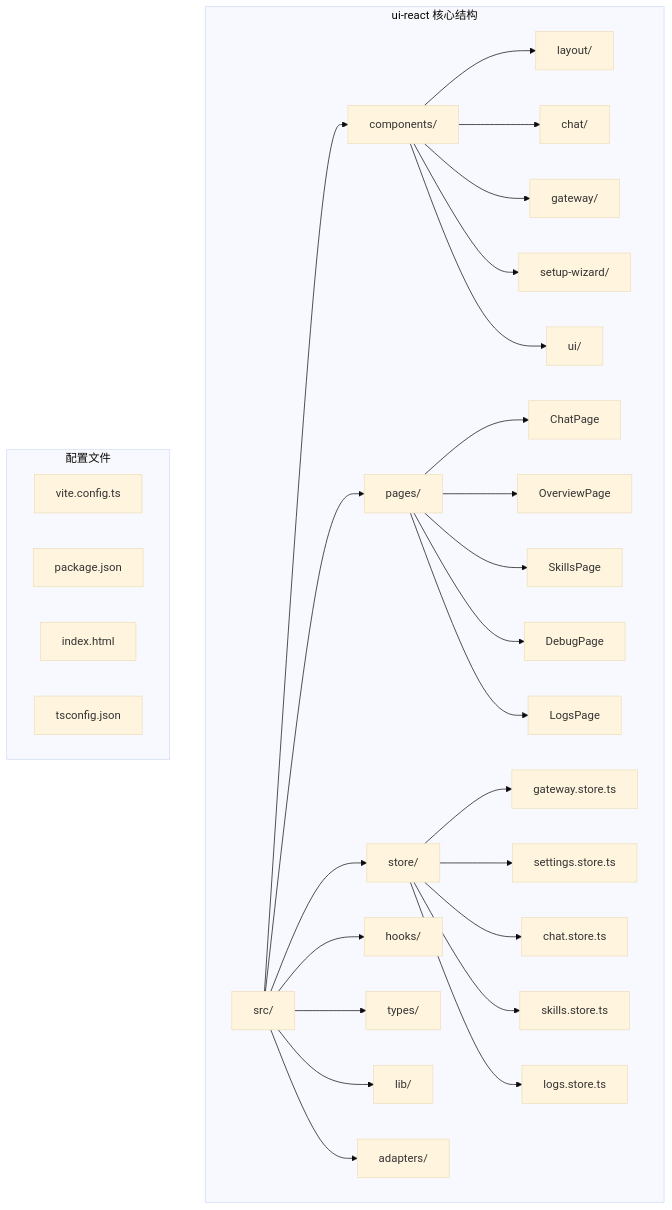
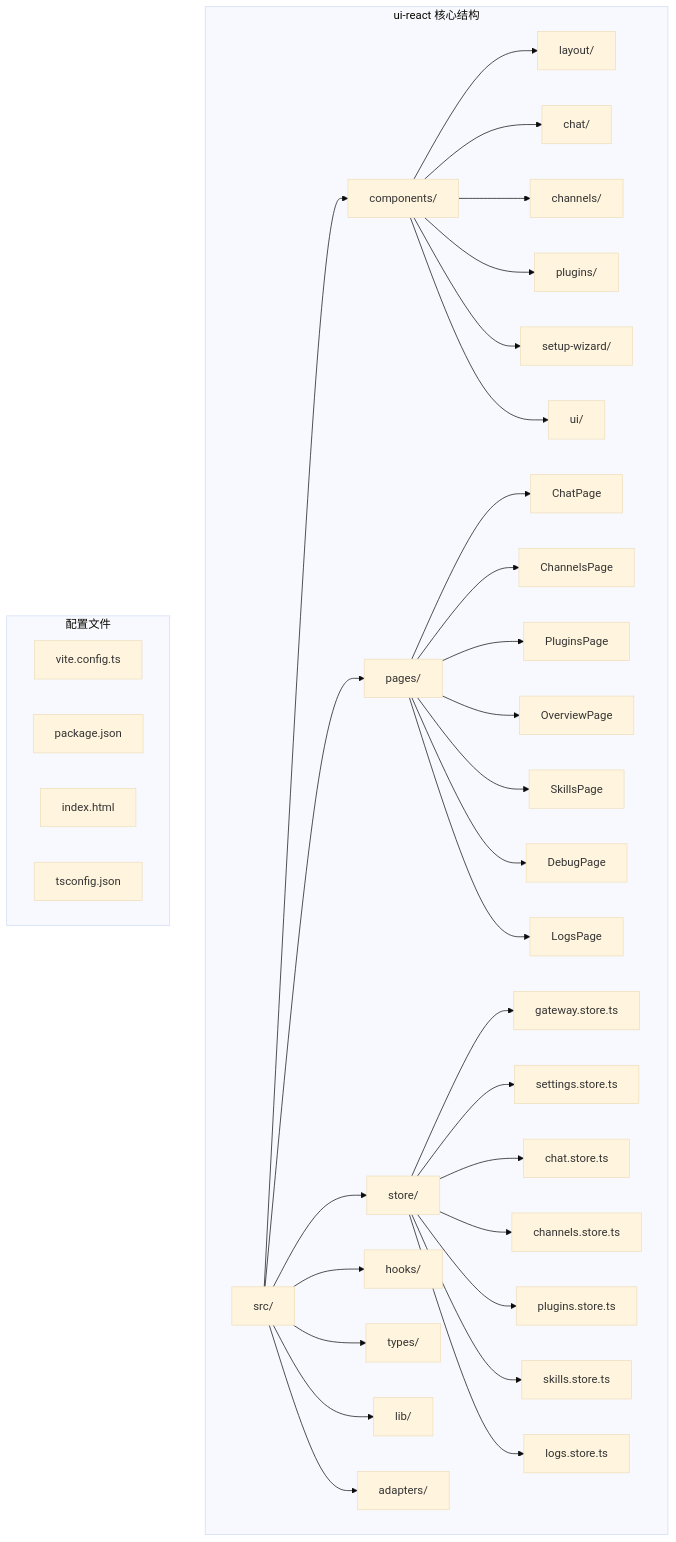
One commit to verse-ai-org/openclaw changed the first of 17 diagrams in .qoder/repowiki/zh/content/React Control Ui.md. Above: the diagram before and after it, drawn with Mermaid (base theme). The commit also changed other lines of this file and 23 other files, not shown here.

````diff
--- a/.qoder/repowiki/zh/content/React Control Ui.md
+++ b/.qoder/repowiki/zh/content/React Control Ui.md
@@ -44,33 +69,38 @@
 ```mermaid
 graph TB
 subgraph "ui-react 核心结构"
 A[src/] --> B[components/]
 A --> C[pages/]
 A --> D[store/]
 A --> E[hooks/]
 A --> F[types/]
 A --> G[lib/]
 A --> H[adapters/]
 B --> B1[layout/]
 B --> B2[chat/]
-B --> B3[gateway/]
-B --> B4[setup-wizard/]
-B --> B5[ui/]
+B --> B3[channels/]
+B --> B4[plugins/]
+B --> B5[setup-wizard/]
+B --> B6[ui/]
 C --> C1[ChatPage]
-C --> C2[OverviewPage]
-C --> C3[SkillsPage]
-C --> C4[DebugPage]
-C --> C5[LogsPage]
+C --> C2[ChannelsPage]
+C --> C3[PluginsPage]
+C --> C4[OverviewPage]
+C --> C5[SkillsPage]
+C --> C6[DebugPage]
+C --> C7[LogsPage]
 D --> D1[gateway.store.ts]
 D --> D2[settings.store.ts]
 D --> D3[chat.store.ts]
-D --> D4[skills.store.ts]
-D --> D5[logs.store.ts]
+D --> D4[channels.store.ts]
+D --> D5[plugins.store.ts]
+D --> D6[skills.store.ts]
+D --> D7[logs.store.ts]
 end
 subgraph "配置文件"
 I[vite.config.ts]
 J[package.json]
 K[index.html]
 L[tsconfig.json]
 end
 ```
````
